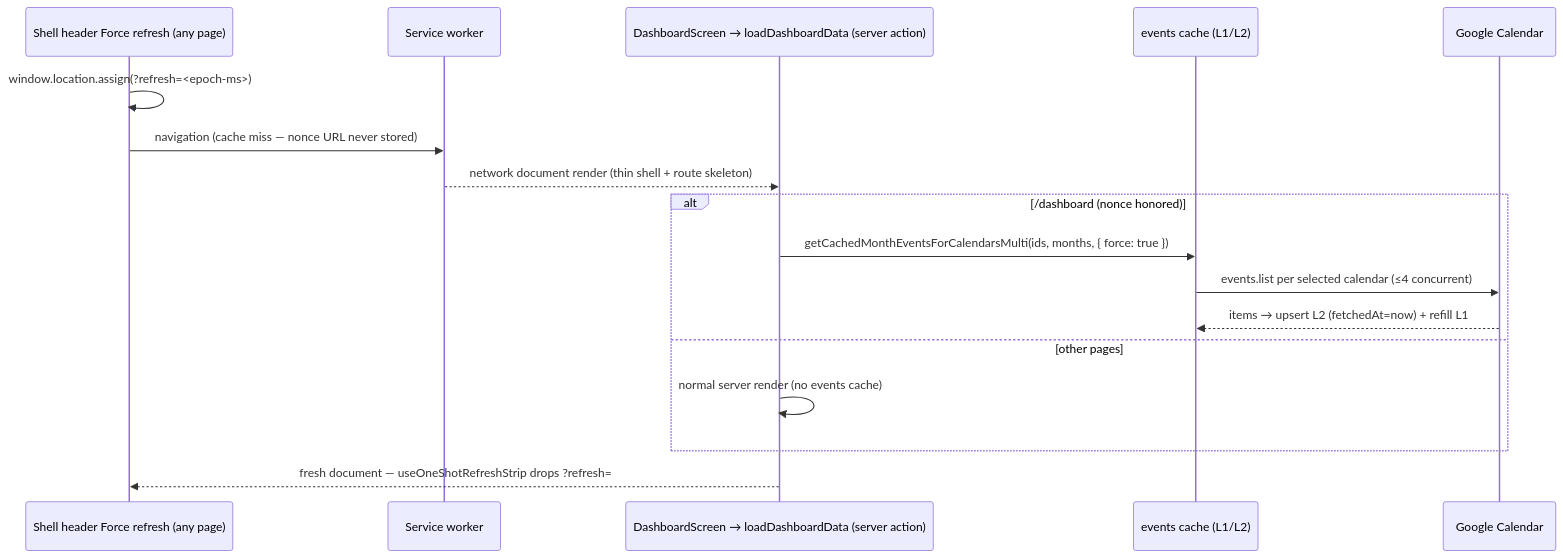
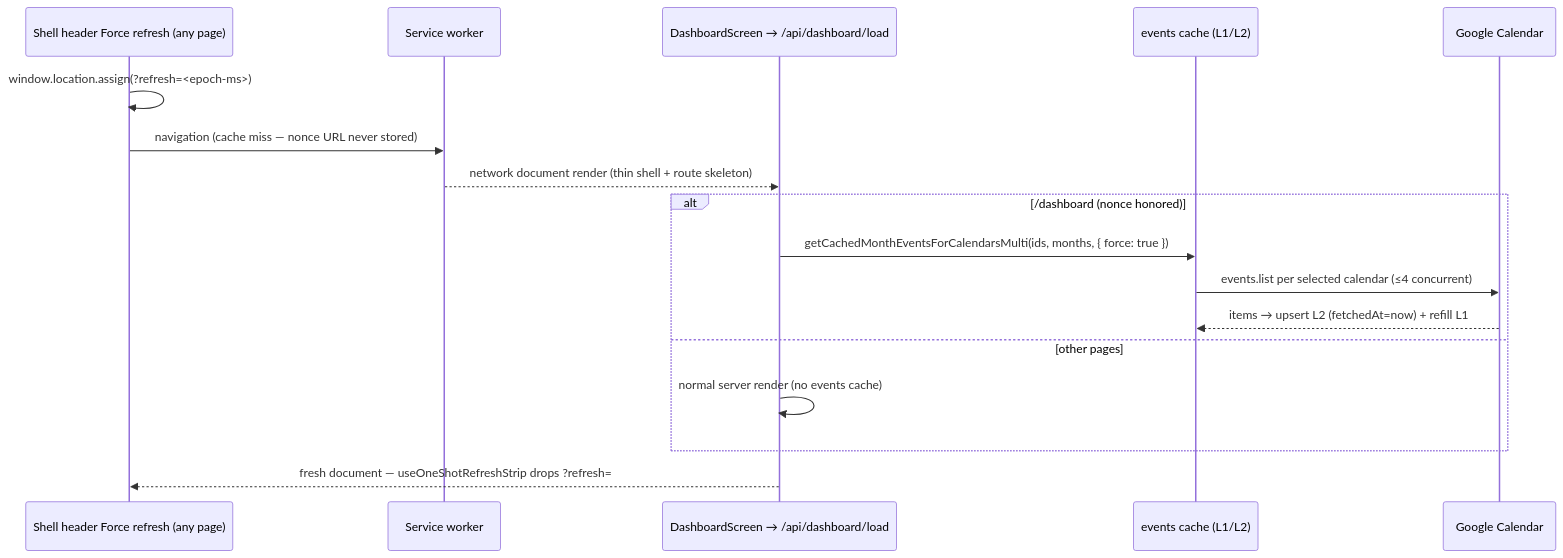
Before and after one commit to oncloudnintynineone-source/cloudy2: the fourth of 7 diagrams in docs/events-cache.md, drawn with Mermaid. The commit also changed other lines of this file and 38 other files, not shown here.

Commit message:
Fix slow calendar reads and saves: move background work off the server-action queue

````diff
--- a/docs/events-cache.md
+++ b/docs/events-cache.md
@@ -281,19 +281,19 @@
 ```mermaid
 sequenceDiagram
  participant U as Shell header Force refresh (any page)
  participant SW as Service worker
- participant P as DashboardScreen → loadDashboardData (server action)
+ participant P as DashboardScreen → /api/dashboard/load
  participant C as events cache (L1/L2)
  participant G as Google Calendar
  U->>U: window.location.assign(?refresh=<epoch-ms>)
  U->>SW: navigation (cache miss — nonce URL never stored)
  SW-->>P: network document render (thin shell + route skeleton)
  alt /dashboard (nonce honored)
  P->>C: getCachedMonthEventsForCalendarsMulti(ids, months, { force: true })
  C->>G: events.list per selected calendar (≤4 concurrent)
  G-->>C: items → upsert L2 (fetchedAt=now) + refill L1
  else other pages
  P->>P: normal server render (no events cache)
  end
  P-->>U: fresh document — useOneShotRefreshStrip drops ?refresh=
 ```
````
